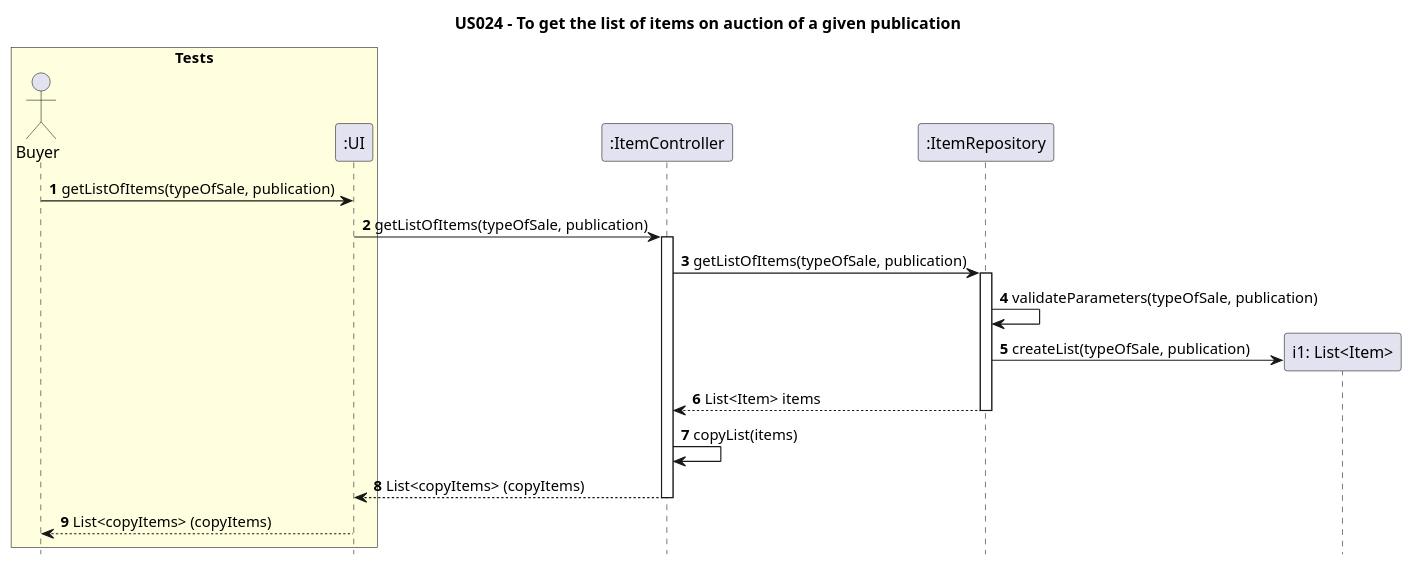
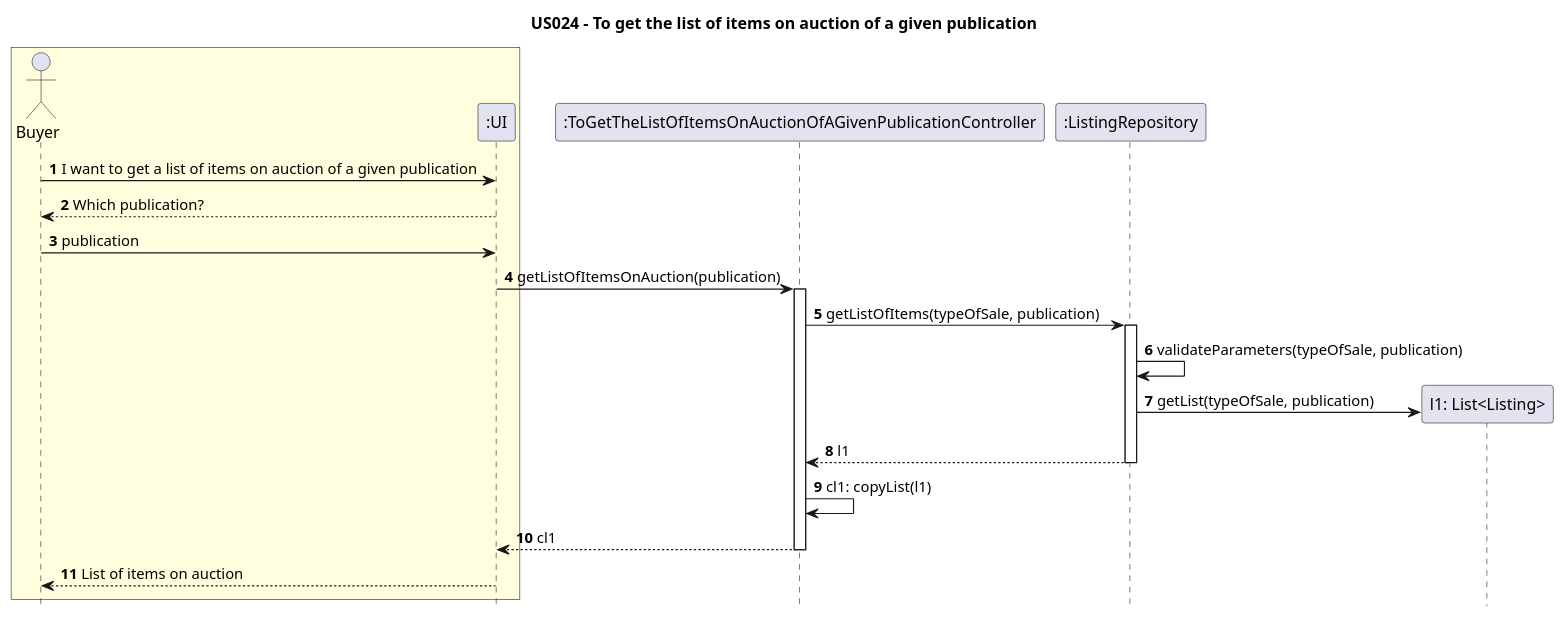
One commit to AndrePereiraGitH/SWitCH-Project-Team_A changed the diagram in Diagrams/SequenceDiagrams/N2/US024-to-get-the-list-of-items-on-auction-of-a-given-publication.puml. Above: the diagram before and after it, drawn with PlantUML. The commit also changed 1 other file, not shown here.

```diff
--- a/Diagrams/SequenceDiagrams/N2/US024-to-get-the-list-of-items-on-auction-of-a-given-publication.puml
+++ b/Diagrams/SequenceDiagrams/N2/US024-to-get-the-list-of-items-on-auction-of-a-given-publication.puml
@@ -1,39 +1,50 @@
 @startuml
 
 hide footbox
 title US024 - To get the list of items on auction of a given publication
 
-box "Tests" #LightYellow
+box #LightYellow
 actor Buyer
 participant ":UI" as UI
 end box
 
-participant ":ItemController" as ItemController
-participant ":ItemRepository" as ItemRepository
+participant ":ToGetTheListOfItemsOnAuctionOfAGivenPublicationController" as ToGetTheListOfItemsOnAuctionOfAGivenPublicationController
+participant ":ListingRepository" as ListingRepository
 
-Buyer -> UI : **1** getListOfItems(typeOfSale, publication)
+' Buyer -> UI : **1** getListOfItems(typeOfSale, publication)
+Buyer -> UI : **1** I want to get a list of items on auction of a given publication
+Buyer <-- UI : **2** Which publication?
+Buyer -> UI : **3** publication
 
-UI -> ItemController : **2** getListOfItems(typeOfSale, publication)
-activate ItemController
+' UI -> ToGetTheListOfItemsOnAuctionOfAGivenPublicationController : **4** getListOfItems(typeOfSale, publication)
+UI -> ToGetTheListOfItemsOnAuctionOfAGivenPublicationController : **4** getListOfItemsOnAuction(publication)
+activate ToGetTheListOfItemsOnAuctionOfAGivenPublicationController
 
-ItemController -> ItemRepository : **3** getListOfItems(typeOfSale, publication)
-activate ItemRepository
+' ToGetTheListOfItemsOnAuctionOfAGivenPublicationController -> ListingRepository : **3** getListOfItems(typeOfSale, publication)
+ToGetTheListOfItemsOnAuctionOfAGivenPublicationController -> ListingRepository : **5** getListOfItems(typeOfSale, publication)
+activate ListingRepository
 
 ' ItemRepository -> ItemRepository : **4** convertStringToEnum(typeOfSale, publication)
 
-ItemRepository -> ItemRepository : **4** validateParameters(typeOfSale, publication)
+' ListingRepository -> ListingRepository : **4** validateParameters(typeOfSale, publication)
+ListingRepository -> ListingRepository : **6** validateParameters(typeOfSale, publication)
 
-create "i1: List<Item>" as Item
-ItemRepository -> Item : **5** createList(typeOfSale, publication)
+create "l1: List<Listing>" as Listing
+' ListingRepository -> Item : **5** createList(typeOfSale, publication)
+ListingRepository -> Listing : **7** getList(typeOfSale, publication)
 
-ItemRepository --> ItemController : **6** List<Item> items
-deactivate ItemRepository
+' ListingRepository --> ToGetTheListOfItemsOnAuctionOfAGivenPublicationController : **6** List<Item> items
+ListingRepository --> ToGetTheListOfItemsOnAuctionOfAGivenPublicationController : **8** l1
+deactivate ListingRepository
 
-ItemController -> ItemController : **7** copyList(items)
+' ToGetTheListOfItemsOnAuctionOfAGivenPublicationController -> ToGetTheListOfItemsOnAuctionOfAGivenPublicationController : **7** copyList(items)
+ToGetTheListOfItemsOnAuctionOfAGivenPublicationController -> ToGetTheListOfItemsOnAuctionOfAGivenPublicationController : **9** cl1: copyList(l1)
 
-ItemController --> UI : **8** List<copyItems> (copyItems)
-deactivate ItemController
+'ToGetTheListOfItemsOnAuctionOfAGivenPublicationController --> UI : **8** List<copyItems> (copyItems)
+ToGetTheListOfItemsOnAuctionOfAGivenPublicationController --> UI : **10** cl1
+deactivate ToGetTheListOfItemsOnAuctionOfAGivenPublicationController
 
-UI --> Buyer : **9** List<copyItems> (copyItems)
+'UI --> Buyer : **9** List<copyItems> (copyItems)'
+UI --> Buyer : **11** List of items on auction
 
 @enduml
```
